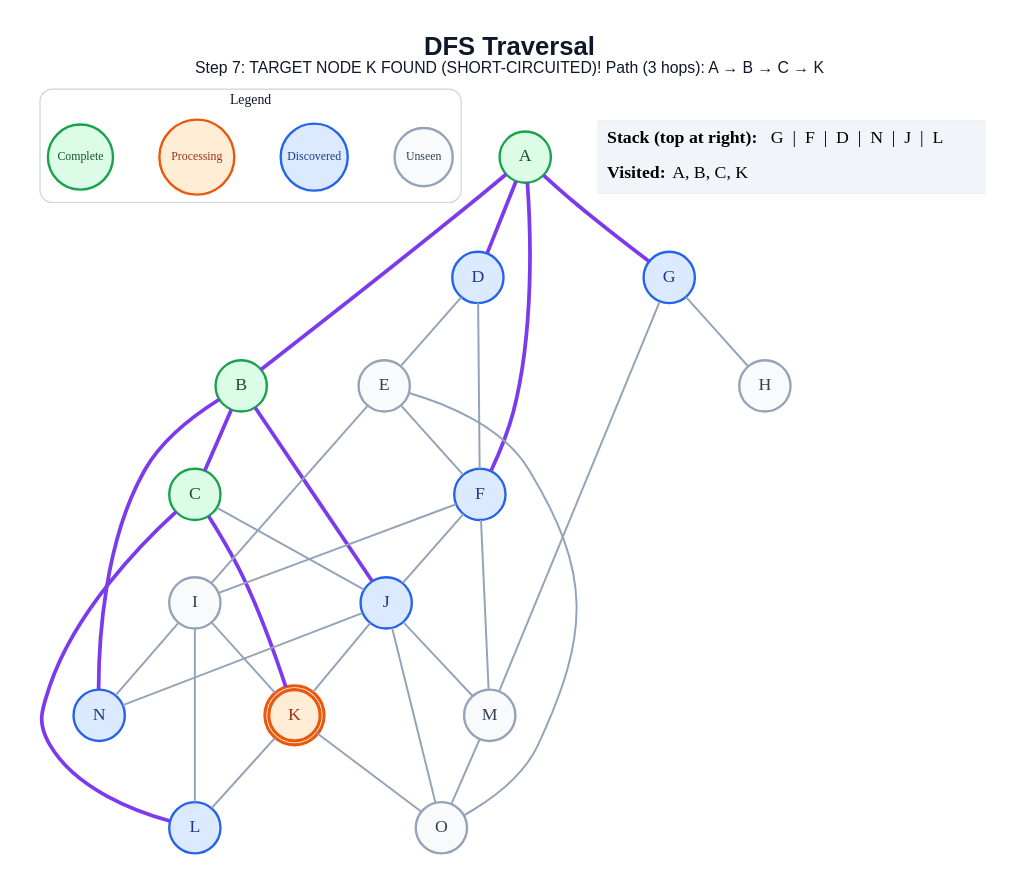
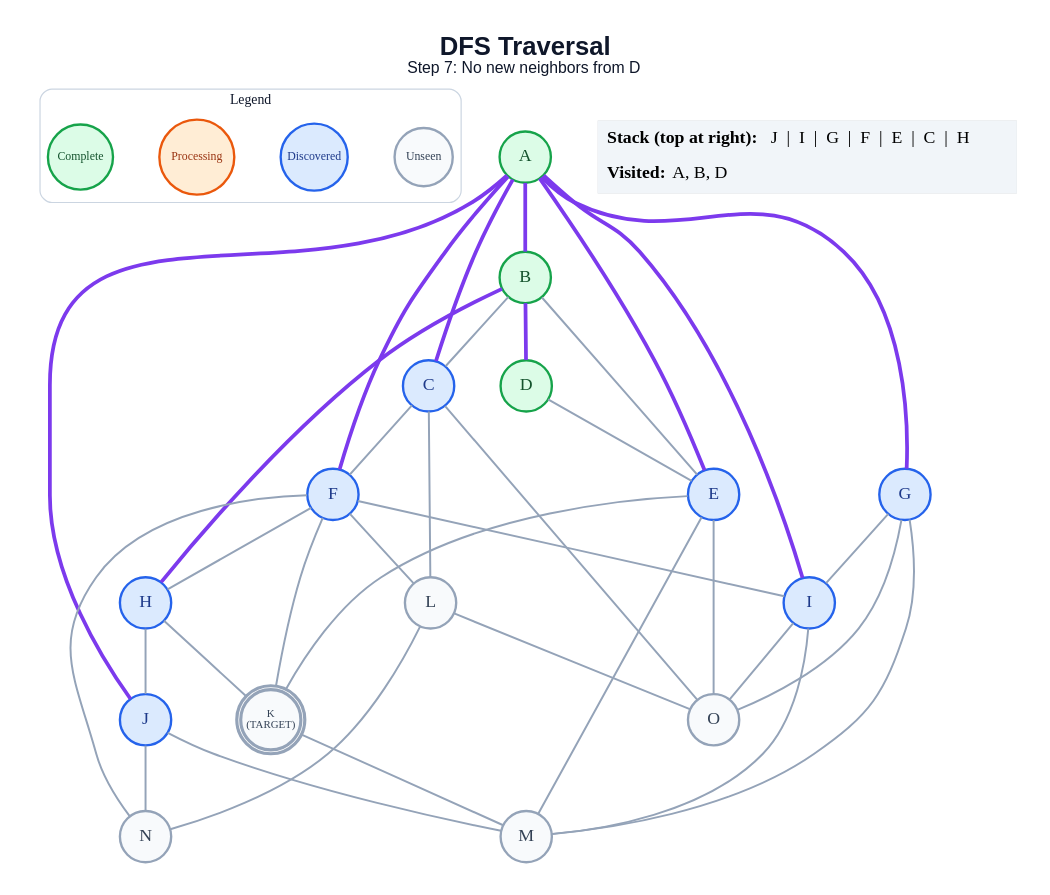
The diagram in generated/short-circuit/dfs/step_07.dot (anon7238593-create/ai-slop), drawn with Graphviz before and after one commit. The commit also changed 221 other files, not shown here.

```diff
--- a/generated/short-circuit/dfs/step_07.dot
+++ b/generated/short-circuit/dfs/step_07.dot
@@ -1,64 +1,69 @@
 graph traversal {
   graph [layout=dot, rankdir=TB, bgcolor="#FFFFFF", pad="0.35", nodesep="0.65", ranksep="0.8", fontname="Arial"];
   node [shape=circle, style="filled", fontname="Arial Bold", fontsize=18, width=0.72, fixedsize=true, penwidth=2.4];
   edge [color="#94A3B8", penwidth=2.0];
-  label=<<B>DFS Traversal</B><BR/><FONT POINT-SIZE="16">Step 7: TARGET NODE K FOUND (SHORT-CIRCUITED)! Path (3 hops): A → B → C → K</FONT>>; labelloc="t"; fontsize=26; fontname="Arial"; fontcolor="#0F172A";
+  label=<<B>DFS Traversal</B><BR/><FONT POINT-SIZE="16">Step 7: No new neighbors from D</FONT>>; labelloc="t"; fontsize=26; fontname="Arial"; fontcolor="#0F172A";
   subgraph cluster_legend { label="Legend"; color="#CBD5E1"; penwidth=1.2; style="rounded"; fontsize=14; fontname="Arial Bold";
     key_unseen [label="Unseen", fillcolor="#F8FAFC", color="#94A3B8", fontcolor="#334155", fontsize=12, width=0.82];
     key_frontier [label="Discovered", fillcolor="#DBEAFE", color="#2563EB", fontcolor="#1E3A8A", fontsize=12, width=0.95];
     key_current [label="Processing", fillcolor="#FFEDD5", color="#EA580C", fontcolor="#9A3412", fontsize=12, width=1.05];
     key_done [label="Complete", fillcolor="#DCFCE7", color="#16A34A", fontcolor="#14532D", fontsize=12, width=0.92];
     { rank=same; key_unseen; key_frontier; key_current; key_done; }
   }
   A [label="A", fillcolor="#DCFCE7", color="#16A34A", fontcolor="#14532D", peripheries=1, penwidth=2.4];
   B [label="B", fillcolor="#DCFCE7", color="#16A34A", fontcolor="#14532D", peripheries=1, penwidth=2.4];
-  C [label="C", fillcolor="#DCFCE7", color="#16A34A", fontcolor="#14532D", peripheries=1, penwidth=2.4];
-  D [label="D", fillcolor="#DBEAFE", color="#2563EB", fontcolor="#1E3A8A", peripheries=1, penwidth=2.4];
-  E [label="E", fillcolor="#F8FAFC", color="#94A3B8", fontcolor="#334155", peripheries=1, penwidth=2.4];
+  C [label="C", fillcolor="#DBEAFE", color="#2563EB", fontcolor="#1E3A8A", peripheries=1, penwidth=2.4];
+  D [label="D", fillcolor="#DCFCE7", color="#16A34A", fontcolor="#14532D", peripheries=1, penwidth=2.4];
+  E [label="E", fillcolor="#DBEAFE", color="#2563EB", fontcolor="#1E3A8A", peripheries=1, penwidth=2.4];
   F [label="F", fillcolor="#DBEAFE", color="#2563EB", fontcolor="#1E3A8A", peripheries=1, penwidth=2.4];
   G [label="G", fillcolor="#DBEAFE", color="#2563EB", fontcolor="#1E3A8A", peripheries=1, penwidth=2.4];
-  H [label="H", fillcolor="#F8FAFC", color="#94A3B8", fontcolor="#334155", peripheries=1, penwidth=2.4];
-  I [label="I", fillcolor="#F8FAFC", color="#94A3B8", fontcolor="#334155", peripheries=1, penwidth=2.4];
+  H [label="H", fillcolor="#DBEAFE", color="#2563EB", fontcolor="#1E3A8A", peripheries=1, penwidth=2.4];
+  I [label="I", fillcolor="#DBEAFE", color="#2563EB", fontcolor="#1E3A8A", peripheries=1, penwidth=2.4];
   J [label="J", fillcolor="#DBEAFE", color="#2563EB", fontcolor="#1E3A8A", peripheries=1, penwidth=2.4];
-  K [label="K", fillcolor="#FFEDD5", color="#EA580C", fontcolor="#9A3412", peripheries=2, penwidth=3.2];
-  L [label="L", fillcolor="#DBEAFE", color="#2563EB", fontcolor="#1E3A8A", peripheries=1, penwidth=2.4];
+  K [label="K\n(TARGET)", fillcolor="#F8FAFC", color="#94A3B8", fontcolor="#334155", peripheries=2, penwidth=3.2, fontsize=11, width=0.85, height=0.85];
+  L [label="L", fillcolor="#F8FAFC", color="#94A3B8", fontcolor="#334155", peripheries=1, penwidth=2.4];
   M [label="M", fillcolor="#F8FAFC", color="#94A3B8", fontcolor="#334155", peripheries=1, penwidth=2.4];
-  N [label="N", fillcolor="#DBEAFE", color="#2563EB", fontcolor="#1E3A8A", peripheries=1, penwidth=2.4];
+  N [label="N", fillcolor="#F8FAFC", color="#94A3B8", fontcolor="#334155", peripheries=1, penwidth=2.4];
   O [label="O", fillcolor="#F8FAFC", color="#94A3B8", fontcolor="#334155", peripheries=1, penwidth=2.4];
   A -- B [color="#7C3AED", penwidth=3.8];
-  A -- D [color="#7C3AED", penwidth=3.8];
+  A -- C [color="#7C3AED", penwidth=3.8];
+  A -- E [color="#7C3AED", penwidth=3.8];
   A -- F [color="#7C3AED", penwidth=3.8];
   A -- G [color="#7C3AED", penwidth=3.8];
-  B -- C [color="#7C3AED", penwidth=3.8];
-  B -- J [color="#7C3AED", penwidth=3.8];
-  B -- N [color="#7C3AED", penwidth=3.8];
-  C -- J;
-  C -- K [color="#7C3AED", penwidth=3.8];
-  C -- L [color="#7C3AED", penwidth=3.8];
+  A -- I [color="#7C3AED", penwidth=3.8];
+  A -- J [color="#7C3AED", penwidth=3.8];
+  B -- C;
+  B -- D [color="#7C3AED", penwidth=3.8];
+  B -- E;
+  B -- H [color="#7C3AED", penwidth=3.8];
+  C -- F;
+  C -- L;
+  C -- O;
   D -- E;
-  D -- F;
-  E -- F;
-  E -- I;
+  E -- K;
+  E -- M;
   E -- O;
+  F -- H;
   F -- I;
-  F -- J;
-  F -- M;
-  G -- H;
+  F -- K;
+  F -- L;
+  F -- N;
+  G -- I;
   G -- M;
-  I -- K;
-  I -- L;
-  I -- N;
-  J -- K;
+  G -- O;
+  H -- J;
+  H -- K;
+  I -- M;
+  I -- O;
   J -- M;
   J -- N;
-  J -- O;
-  K -- L;
-  K -- O;
-  M -- O;
+  K -- M;
+  L -- N;
+  L -- O;
   status [shape=plain, fixedsize=false, width=0, height=0, margin=0, label=<
     <TABLE BORDER="0" CELLBORDER="0" CELLPADDING="7" BGCOLOR="#F1F5F9">
-      <TR><TD ALIGN="LEFT"><B>Stack (top at right):</B> G  |  F  |  D  |  N  |  J  |  L</TD></TR>
-      <TR><TD ALIGN="LEFT"><B>Visited:</B> A, B, C, K</TD></TR>
+      <TR><TD ALIGN="LEFT"><B>Stack (top at right):</B> J  |  I  |  G  |  F  |  E  |  C  |  H</TD></TR>
+      <TR><TD ALIGN="LEFT"><B>Visited:</B> A, B, D</TD></TR>
     </TABLE>
   >];
 }
```
